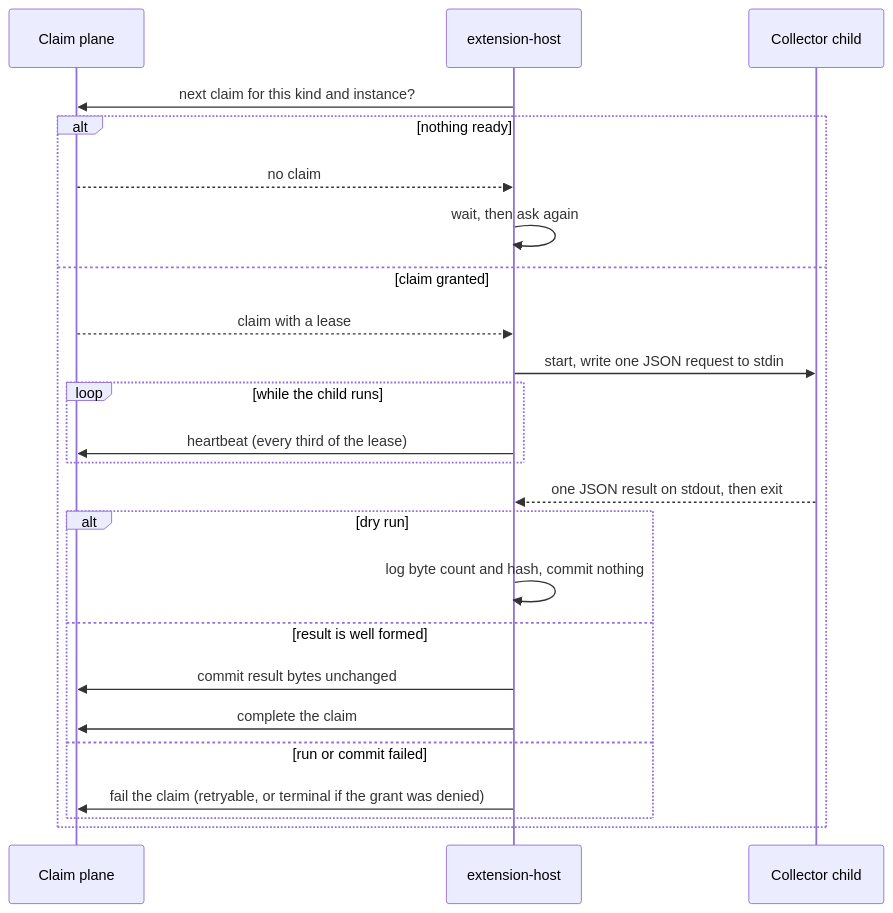
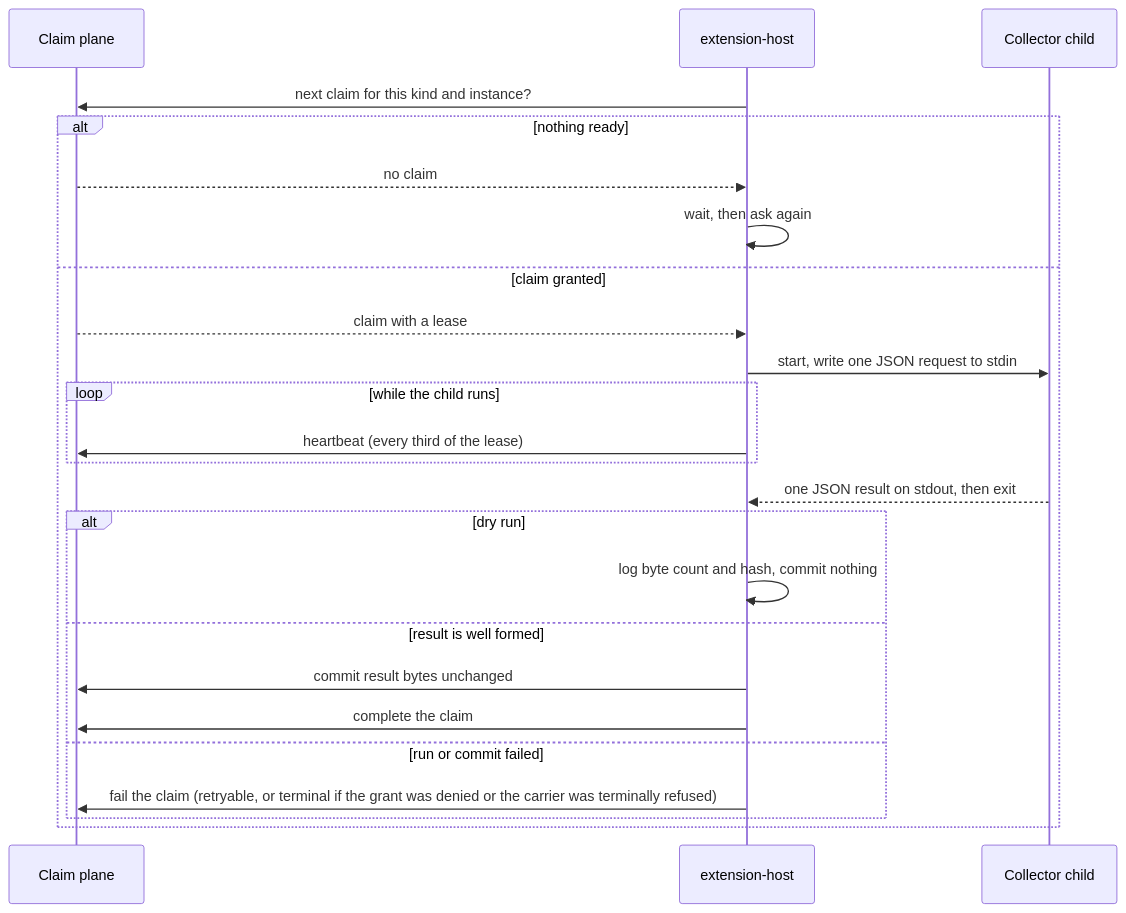
One commit to eshu-hq/eshu-extension-host changed the second of 2 diagrams in docs/diagrams/README.md. Above: the diagram before and after it, drawn with Mermaid. The commit also changed other lines of this file and 7 other files, not shown here.

First line of the commit message:
fix(22): fail terminal carrier refusals terminal instead of retrying forever (#23)

````diff
--- a/docs/diagrams/README.md
+++ b/docs/diagrams/README.md
@@ -37,26 +37,26 @@
 ```mermaid
 sequenceDiagram
   participant CP as Claim plane
   participant H as extension-host
   participant C as Collector child
   H->>CP: next claim for this kind and instance?
   alt nothing ready
     CP-->>H: no claim
     H->>H: wait, then ask again
   else claim granted
     CP-->>H: claim with a lease
     H->>C: start, write one JSON request to stdin
     loop while the child runs
       H->>CP: heartbeat (every third of the lease)
     end
     C-->>H: one JSON result on stdout, then exit
     alt dry run
       H->>H: log byte count and hash, commit nothing
     else result is well formed
       H->>CP: commit result bytes unchanged
       H->>CP: complete the claim
     else run or commit failed
-      H->>CP: fail the claim (retryable, or terminal if the grant was denied)
+      H->>CP: fail the claim (retryable, or terminal if the grant was denied or the carrier was terminally refused)
     end
   end
 ```
````
